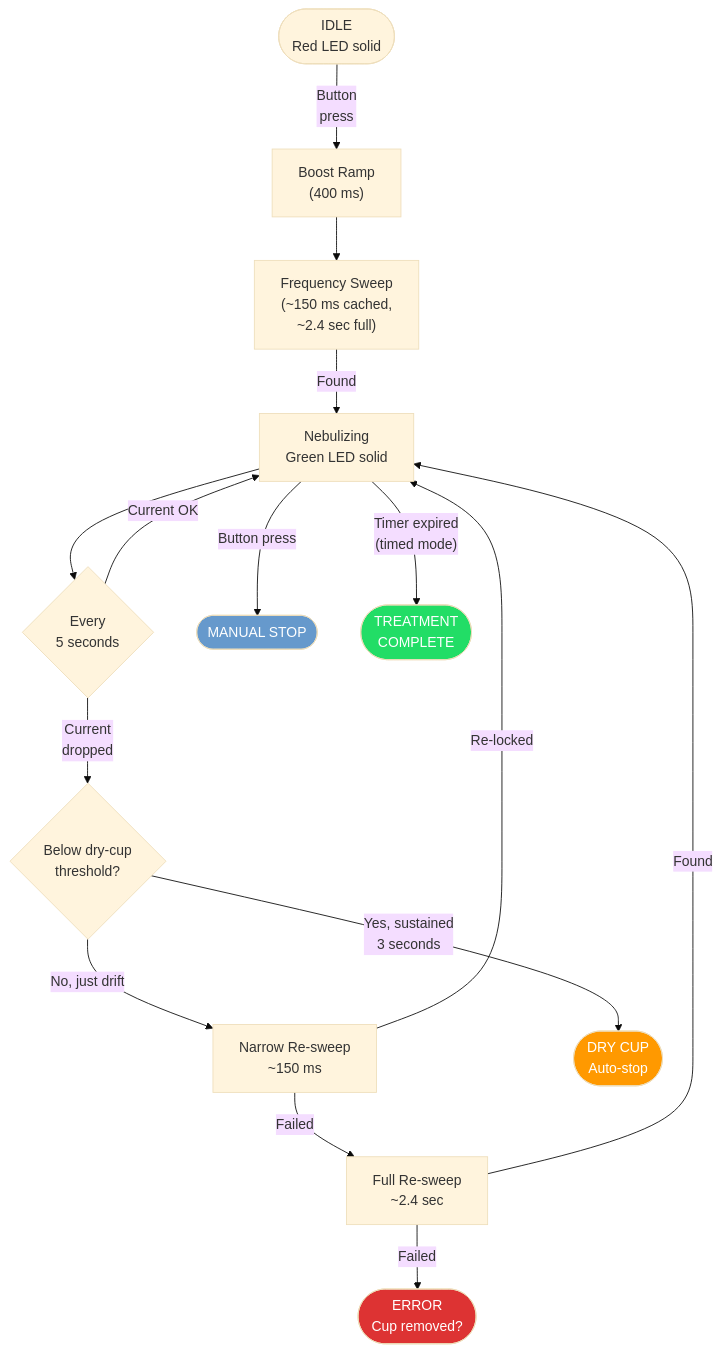
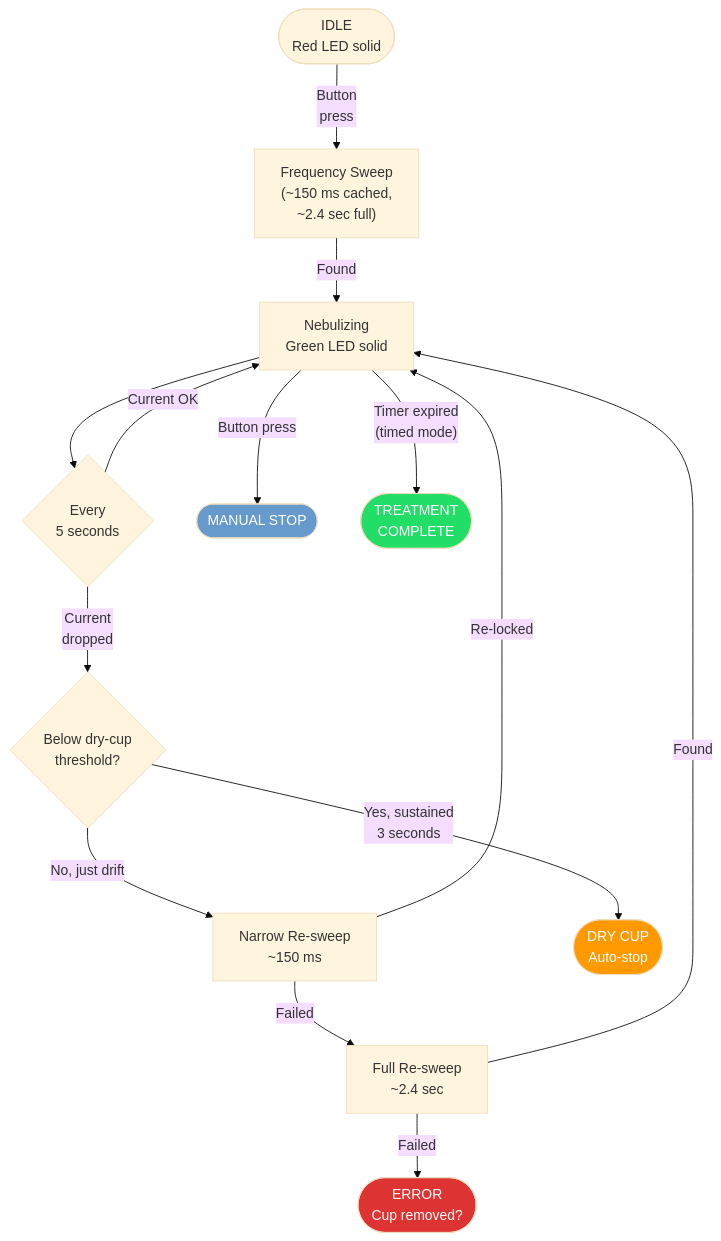
Before and after one commit to dmchaledev/VibratingMeshNebulizerController: the fourth of 8 diagrams in docs/DIAGRAMS.md, drawn with Mermaid (base theme). The commit also changed other lines of this file and 10 other files, not shown here.

````diff
--- a/docs/DIAGRAMS.md
+++ b/docs/DIAGRAMS.md
@@ -121,26 +112,25 @@
 ```mermaid
 flowchart TD
-    IDLE(["IDLE\nRed LED solid"]) -->|"Button\npress"| RAMP["Boost Ramp\n(400 ms)"]
-    RAMP --> SWEEP["Frequency Sweep\n(~150 ms cached,\n~2.4 sec full)"]
+    IDLE(["IDLE\nRed LED solid"]) -->|"Button\npress"| SWEEP["Frequency Sweep\n(~150 ms cached,\n~2.4 sec full)"]
     SWEEP -->|"Found"| NEB["Nebulizing\nGreen LED solid"]
 
     NEB --> TICK{"Every\n5 seconds"}
     TICK -->|"Current OK"| NEB
     TICK -->|"Current\ndropped"| DRIFT{"Below dry-cup\nthreshold?"}
 
     DRIFT -->|"No, just drift"| RESWEEP["Narrow Re-sweep\n~150 ms"]
     DRIFT -->|"Yes, sustained\n3 seconds"| DRY(["DRY CUP\nAuto-stop"])
 
     RESWEEP -->|"Re-locked"| NEB
     RESWEEP -->|"Failed"| FULLSWEEP["Full Re-sweep\n~2.4 sec"]
     FULLSWEEP -->|"Found"| NEB
     FULLSWEEP -->|"Failed"| ERR(["ERROR\nCup removed?"])
 
     NEB -->|"Button press"| STOP(["MANUAL STOP"])
     NEB -->|"Timer expired\n(timed mode)"| DONE(["TREATMENT\nCOMPLETE"])
 
     style DRY fill:#f90,color:#fff
     style STOP fill:#69c,color:#fff
     style DONE fill:#2d6,color:#fff
     style ERR fill:#d33,color:#fff
 ```
````
